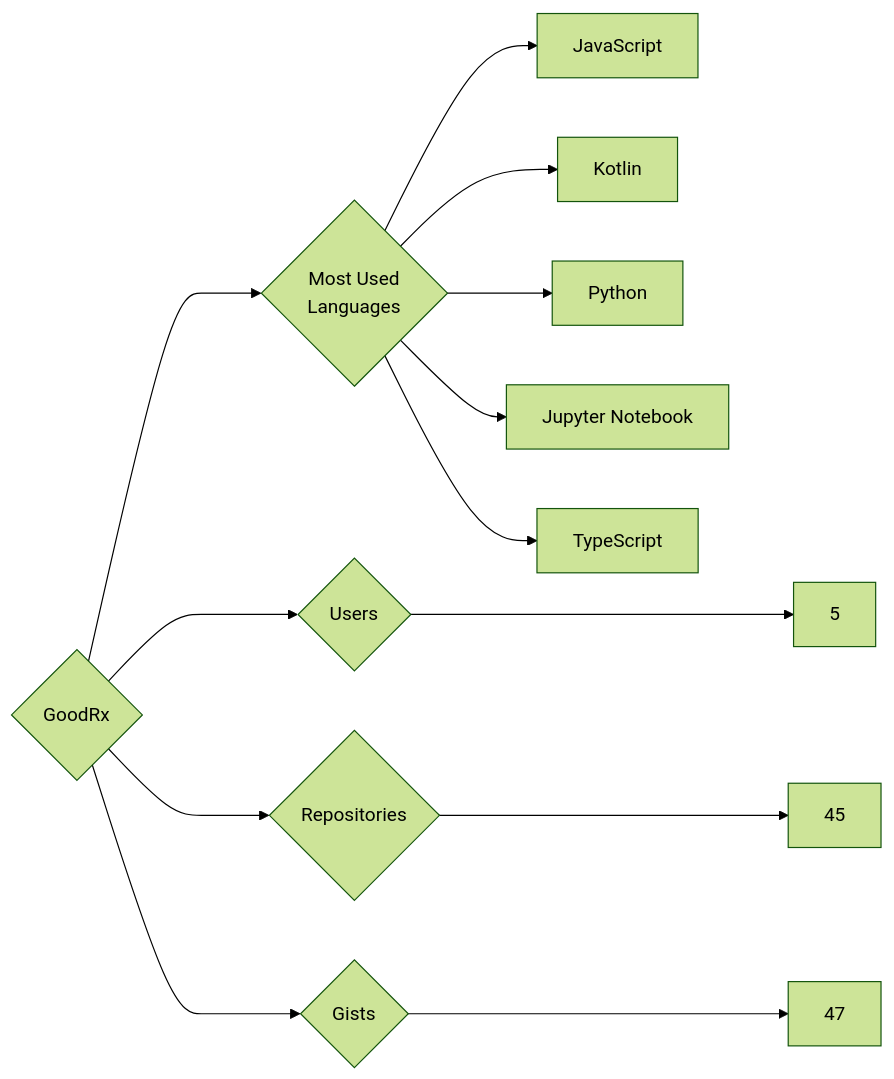
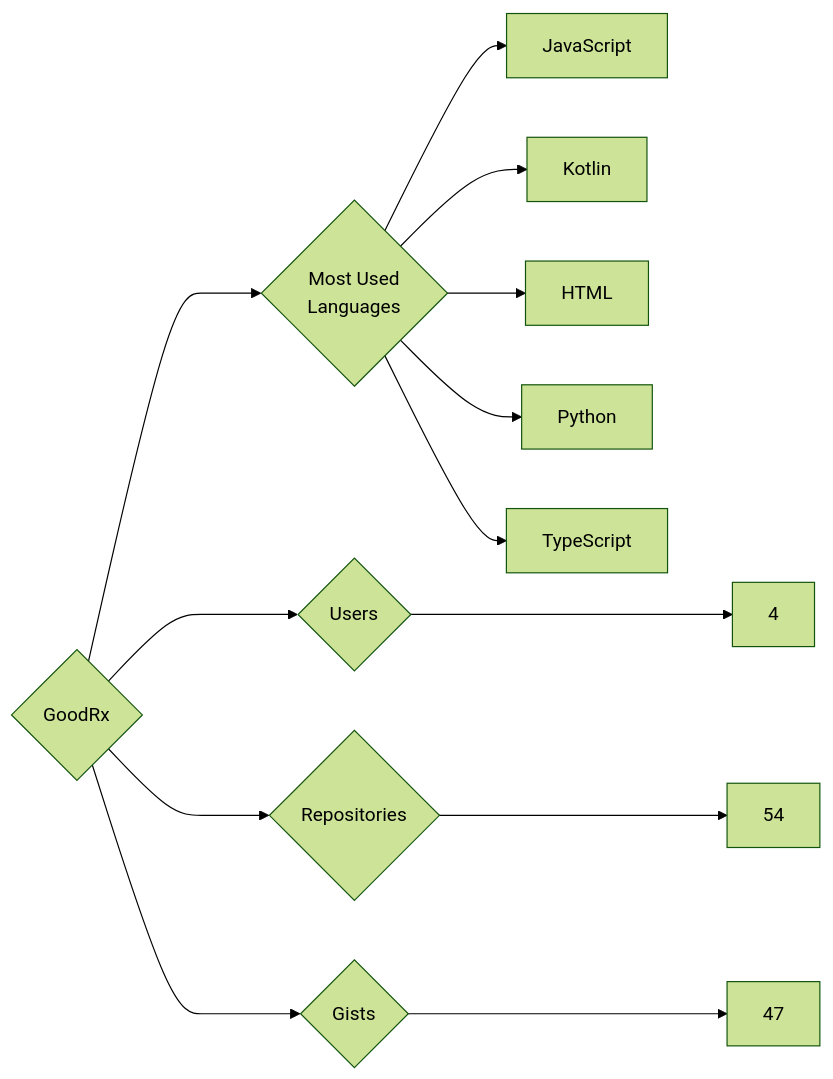
The diagram in targets/GoodRx/README.md (trickest/insiders), drawn with Mermaid (forest theme) before and after one commit. The commit also changed 988 other files, not shown here.

````diff
--- a/targets/GoodRx/README.md
+++ b/targets/GoodRx/README.md
@@ -3,13 +3,13 @@
 ```mermaid
 graph LR
 COMPANY_NAME{GoodRx}
-COMPANY_NAME ---> U{Users} ---> UN[5]
-COMPANY_NAME ---> R{Repositories} ---> RN[45]
+COMPANY_NAME ---> U{Users} ---> UN[4]
+COMPANY_NAME ---> R{Repositories} ---> RN[54]
 COMPANY_NAME ---> G{Gists} ---> GN[47]
 COMPANY_NAME ---> ML{Most Used<br>Languages}
 ML --> JavaScript[JavaScript]
 ML --> Kotlin[Kotlin]
+ML --> HTML[HTML]
 ML --> Python[Python]
-ML --> Jupyter_Notebook[Jupyter Notebook]
 ML --> TypeScript[TypeScript]
 ```
````
